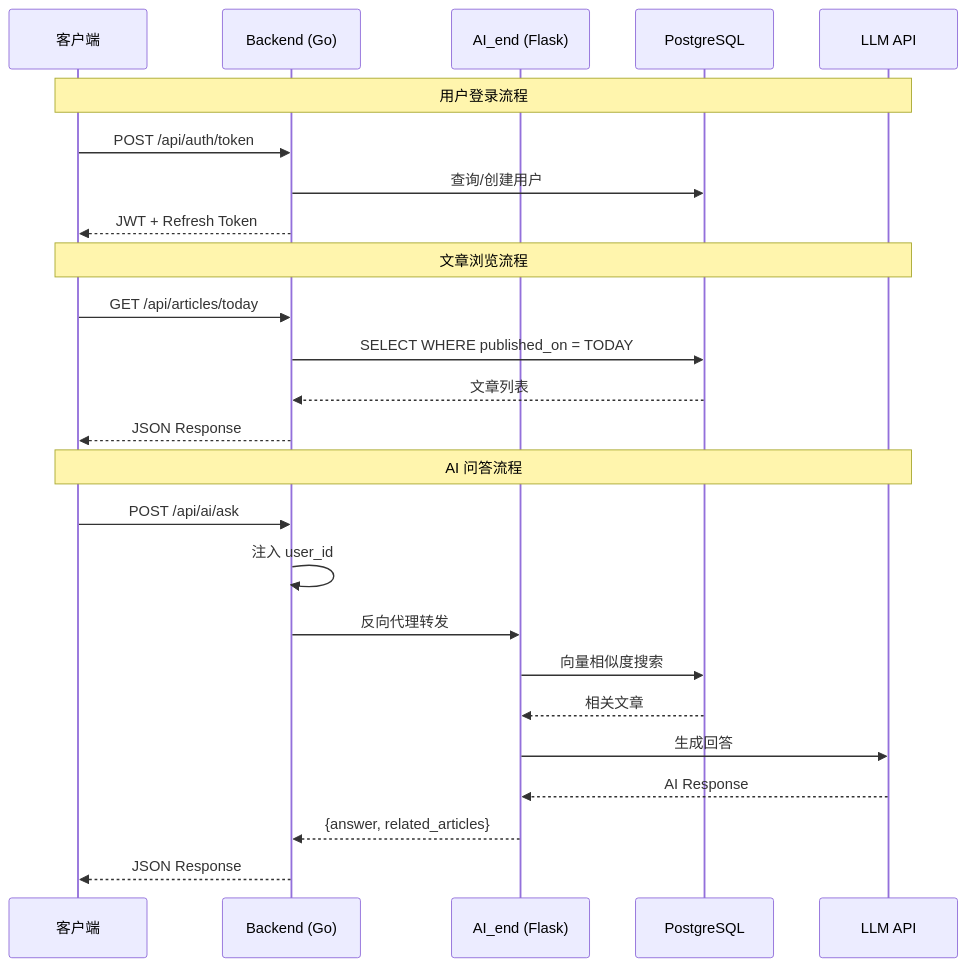
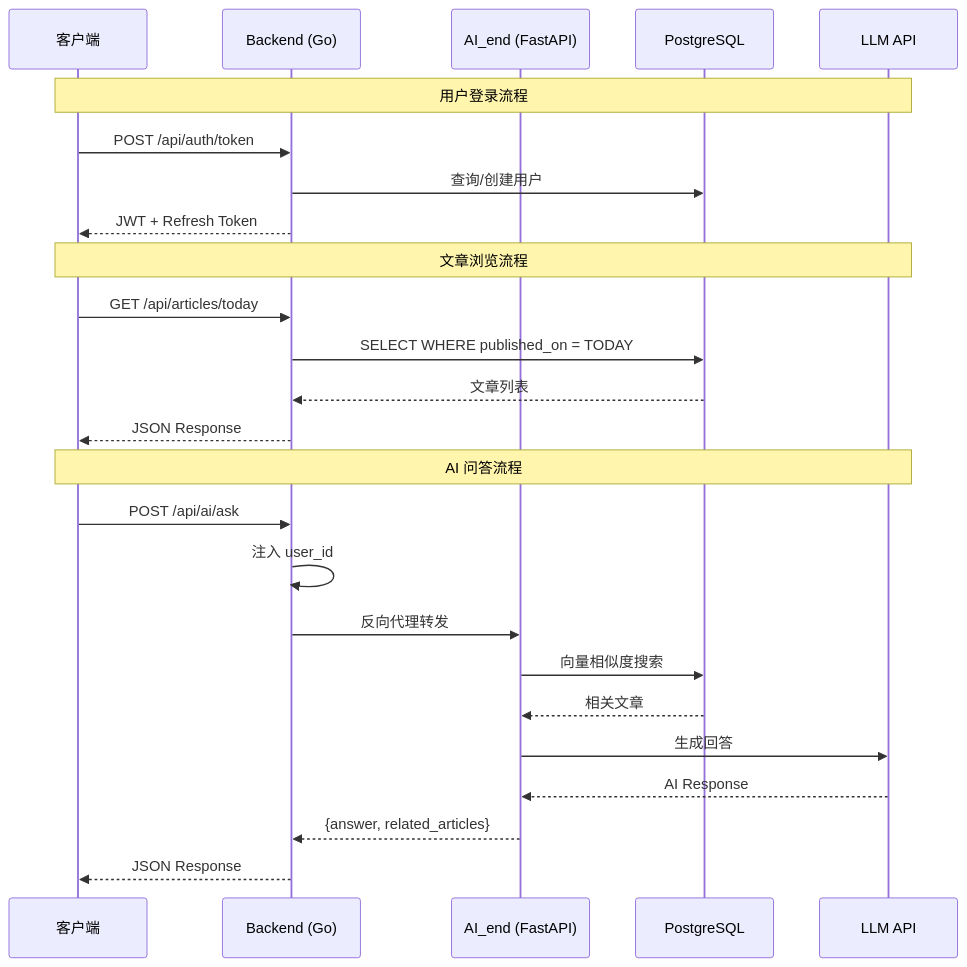
The second of 10 diagrams in docs/architecture.md (MEO-wj/OA_Reader_APP), drawn with Mermaid before and after one commit. The commit also changed other lines of this file and 6 other files, not shown here.

````diff
--- a/docs/architecture.md
+++ b/docs/architecture.md
@@ -93,30 +93,30 @@
 ```mermaid
 sequenceDiagram
     participant App as 客户端
     participant Backend as Backend (Go)
-    participant AI as AI_end (Flask)
+    participant AI as AI_end (FastAPI)
     participant DB as PostgreSQL
     participant LLM as LLM API
 
     Note over App,LLM: 用户登录流程
     App->>Backend: POST /api/auth/token
     Backend->>DB: 查询/创建用户
     Backend-->>App: JWT + Refresh Token
 
     Note over App,LLM: 文章浏览流程
     App->>Backend: GET /api/articles/today
     Backend->>DB: SELECT WHERE published_on = TODAY
     DB-->>Backend: 文章列表
     Backend-->>App: JSON Response
 
     Note over App,LLM: AI 问答流程
     App->>Backend: POST /api/ai/ask
     Backend->>Backend: 注入 user_id
     Backend->>AI: 反向代理转发
     AI->>DB: 向量相似度搜索
     DB-->>AI: 相关文章
     AI->>LLM: 生成回答
     LLM-->>AI: AI Response
     AI-->>Backend: {answer, related_articles}
     Backend-->>App: JSON Response
 ```
````
